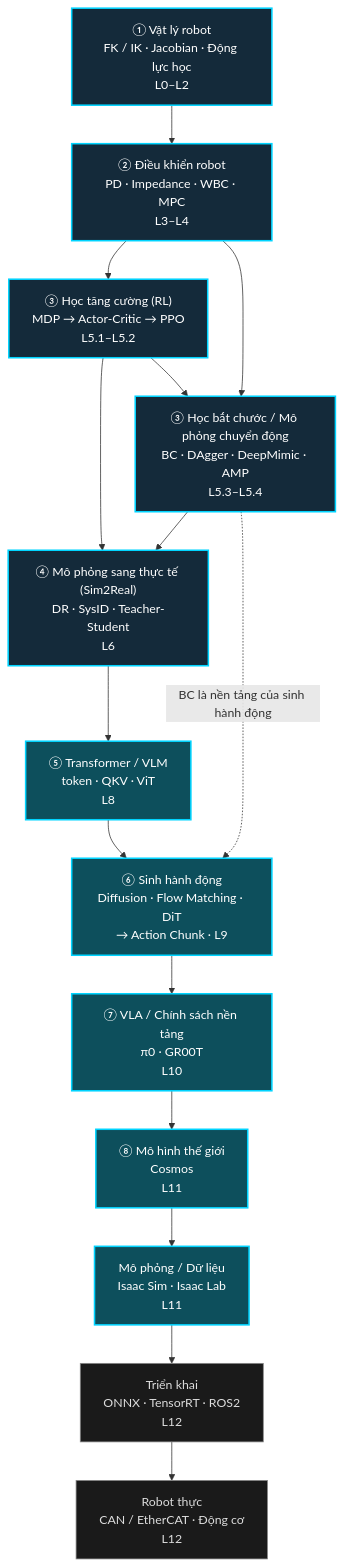
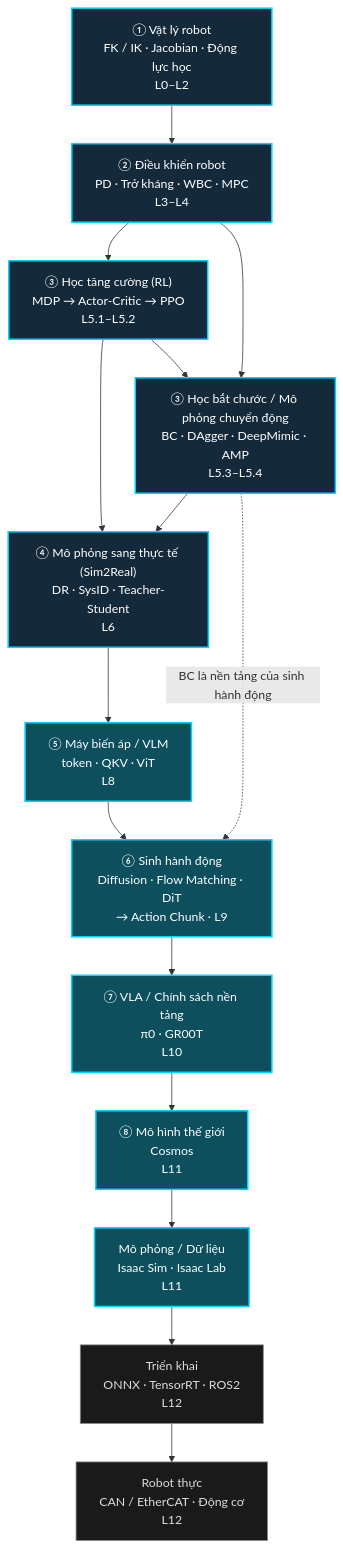
One commit to ledinhtuyen/Robotics_Notebooks changed the first of 33 diagrams in roadmap/motion-control.md. Above: the diagram before and after it, drawn with Mermaid. The commit also changed other lines of this file, not shown here.

Commit message:
docs(roadmap): 完成 motion-control 全文越南语翻译

````diff
--- a/roadmap/motion-control.md
+++ b/roadmap/motion-control.md
@@ -100,28 +100,28 @@
 ```mermaid
 flowchart TB
   P["① Vật lý robot<br/>FK / IK · Jacobian · Động lực học<br/>L0–L2"]
-  C["② Điều khiển robot<br/>PD · Impedance · WBC · MPC<br/>L3–L4"]
+  C["② Điều khiển robot<br/>PD · Trở kháng · WBC · MPC<br/>L3–L4"]
   RL["③ Học tăng cường (RL)<br/>MDP → Actor-Critic → PPO<br/>L5.1–L5.2"]
   IL["③ Học bắt chước / Mô phỏng chuyển động<br/>BC · DAgger · DeepMimic · AMP<br/>L5.3–L5.4"]
   S2R["④ Mô phỏng sang thực tế (Sim2Real)<br/>DR · SysID · Teacher-Student<br/>L6"]
-  TF["⑤ Transformer / VLM<br/>token · QKV · ViT<br/>L8"]
+  TF["⑤ Máy biến áp / VLM<br/>token · QKV · ViT<br/>L8"]
   GEN["⑥ Sinh hành động<br/>Diffusion · Flow Matching · DiT<br/>→ Action Chunk · L9"]
   VLA["⑦ VLA / Chính sách nền tảng<br/>π0 · GR00T<br/>L10"]
   WM["⑧ Mô hình thế giới<br/>Cosmos<br/>L11"]
   SIM["Mô phỏng / Dữ liệu<br/>Isaac Sim · Isaac Lab<br/>L11"]
   DEP["Triển khai<br/>ONNX · TensorRT · ROS2<br/>L12"]
   HW["Robot thực<br/>CAN / EtherCAT · Động cơ<br/>L12"]
 
   P --> C --> RL --> S2R
   C --> IL --> S2R
   RL --> IL
   S2R --> TF --> GEN --> VLA --> WM --> SIM --> DEP --> HW
   IL -. BC là nền tảng của sinh hành động .-> GEN
 
   classDef trunk fill:#142a3a,stroke:#00d4ff,stroke-width:2px,color:#fff
   classDef ext fill:#0d4f5c,stroke:#00d4ff,stroke-width:2px,color:#fff
   classDef hw fill:#1a1a1a,stroke:#888,color:#ddd
   class P,C,RL,IL,S2R trunk
   class TF,GEN,VLA,WM,SIM ext
   class DEP,HW hw
 ```
````
